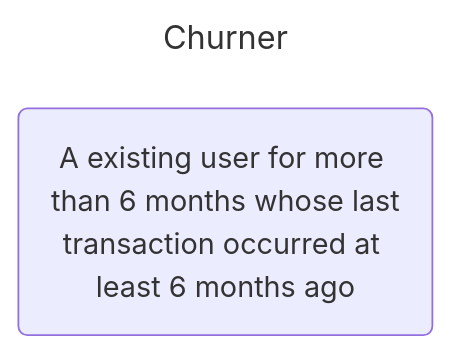
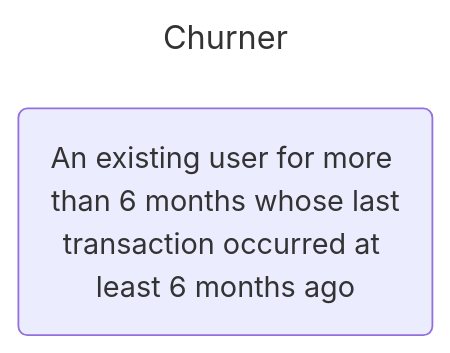
The second of 7 diagrams in README.md (lucas-dpontes/NeoBank-User-Engagement-Analysis), drawn with Mermaid before and after one commit.

````diff
--- a/README.md
+++ b/README.md
@@ -50,9 +50,9 @@
 ```mermaid
 ---
 title: Churner
 ---
 flowchart LR
-    id1(A existing user for more than 6 months whose last
+    id1(An existing user for more than 6 months whose last
 transaction occurred at least 6 months ago
 )
 ```
````
